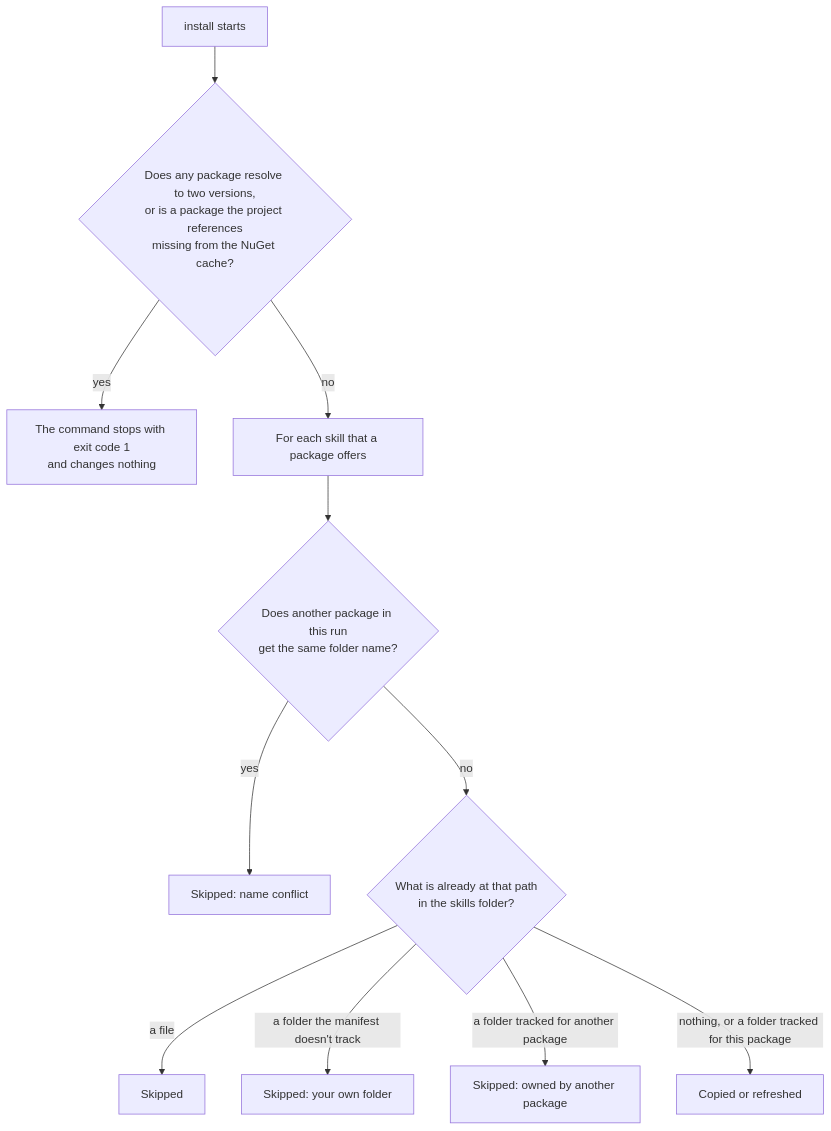
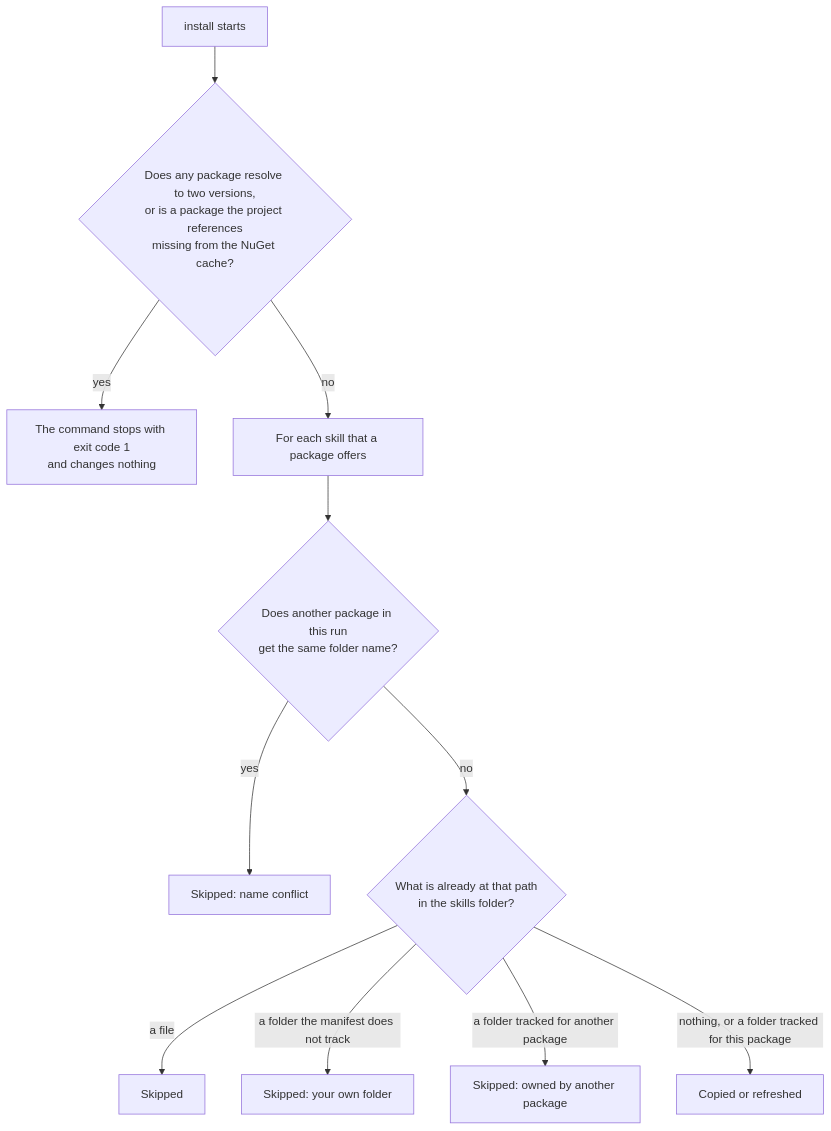
Before and after one commit to NuGet/Client.Tools: the first of 2 diagrams in dotnet-package-skills/docs/scenarios.md, drawn with Mermaid. The commit also changed other lines of this file and 4 other files, not shown here.

````diff
--- a/dotnet-package-skills/docs/scenarios.md
+++ b/dotnet-package-skills/docs/scenarios.md
@@ -193,13 +193,13 @@
 ```mermaid
 flowchart TD
     S["install starts"] --> P{"Does any package resolve to two versions,<br/>or is a package the project references<br/>missing from the NuGet cache?"}
     P -->|"yes"| X["The command stops with exit code 1<br/>and changes nothing"]
     P -->|"no"| A["For each skill that a package offers"]
     A --> C{"Does another package in this run<br/>get the same folder name?"}
     C -->|"yes"| S1["Skipped: name conflict"]
     C -->|"no"| D{"What is already at that path<br/>in the skills folder?"}
     D -->|"a file"| S2["Skipped"]
-    D -->|"a folder the manifest doesn't track"| S3["Skipped: your own folder"]
+    D -->|"a folder the manifest does not track"| S3["Skipped: your own folder"]
     D -->|"a folder tracked for another package"| S4["Skipped: owned by another package"]
     D -->|"nothing, or a folder tracked for this package"| OK["Copied or refreshed"]
 ```
````
